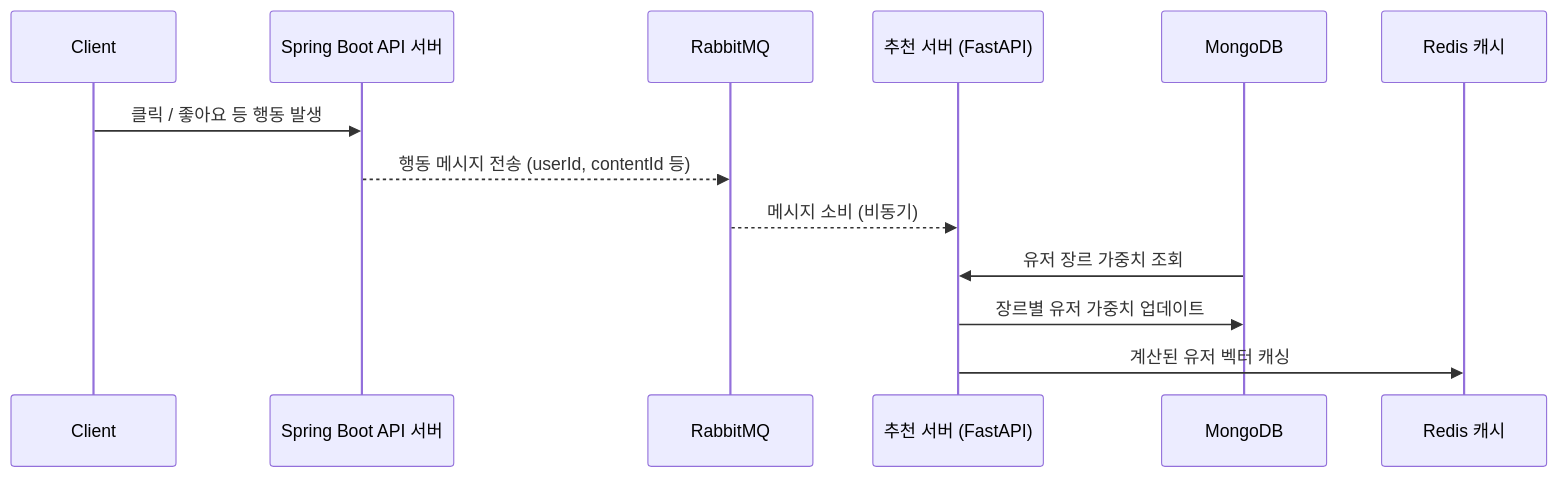
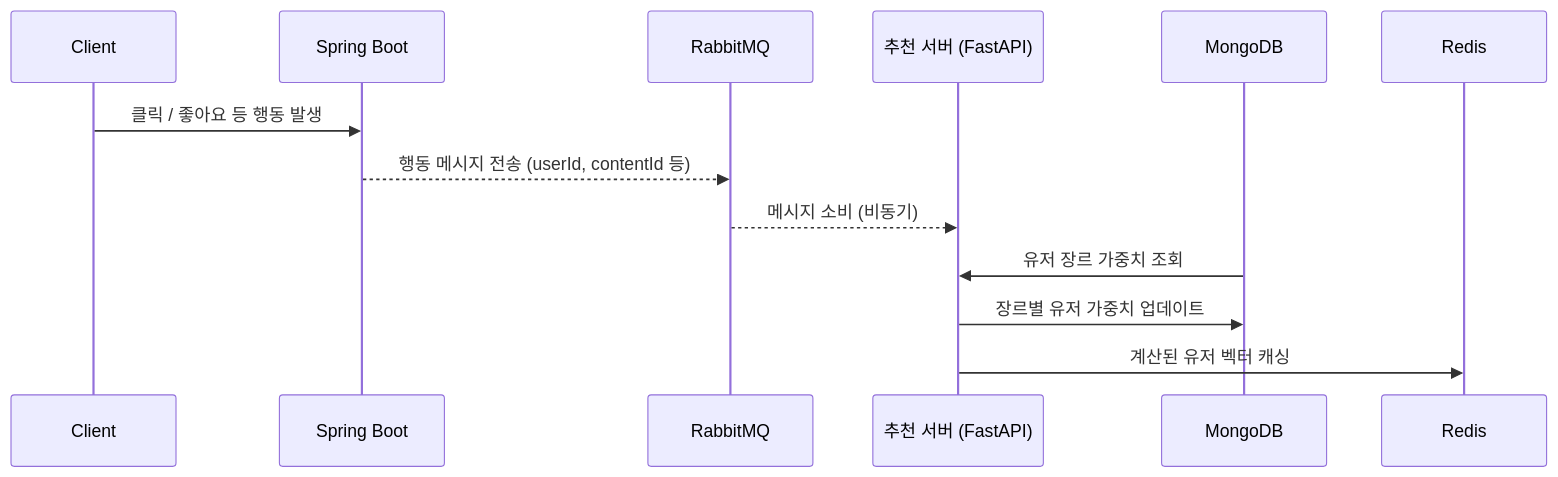
The diagram in README.md (Ureka-High-Five/recommender-server), drawn with Mermaid before and after one commit. The commit also changed other lines of this file, not shown here.

````diff
--- a/README.md
+++ b/README.md
@@ -10,16 +14,16 @@
 ```mermaid
 sequenceDiagram
     participant Client
-    participant API_Server as Spring Boot API 서버
+    participant API_Server as Spring Boot
     participant MQ as RabbitMQ
     participant RecoServer as 추천 서버 (FastAPI)
     participant Mongo as MongoDB
-    participant Redis as Redis 캐시
+    participant Redis as Redis
 
     Client->>API_Server: 클릭 / 좋아요 등 행동 발생
     API_Server-->>MQ: 행동 메시지 전송 (userId, contentId 등)
     MQ-->>RecoServer: 메시지 소비 (비동기)
     Mongo->>RecoServer: 유저 장르 가중치 조회 
     RecoServer->>Mongo: 장르별 유저 가중치 업데이트
     RecoServer->>Redis: 계산된 유저 벡터 캐싱
 ```
````
